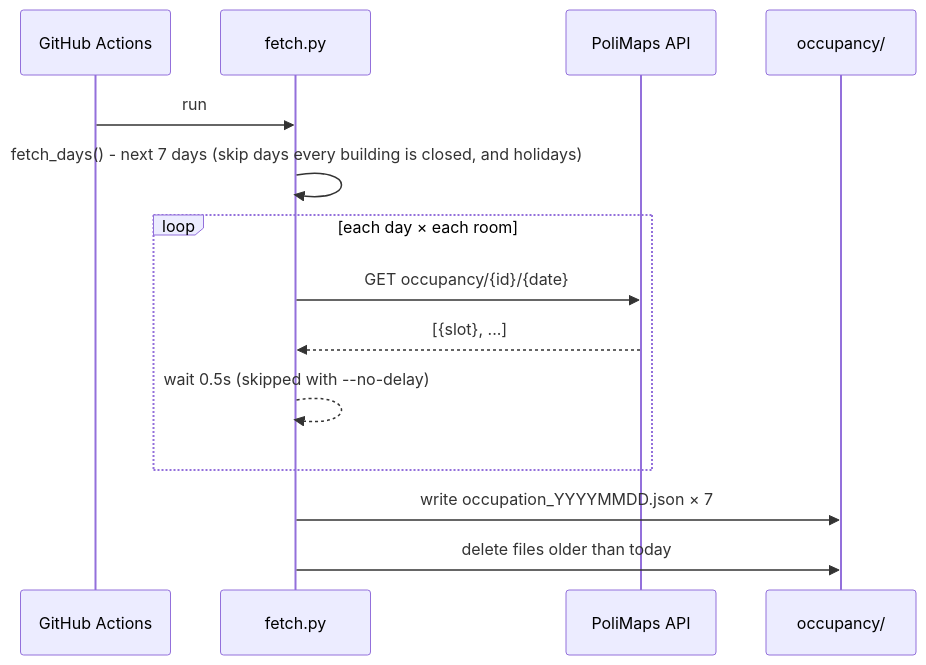
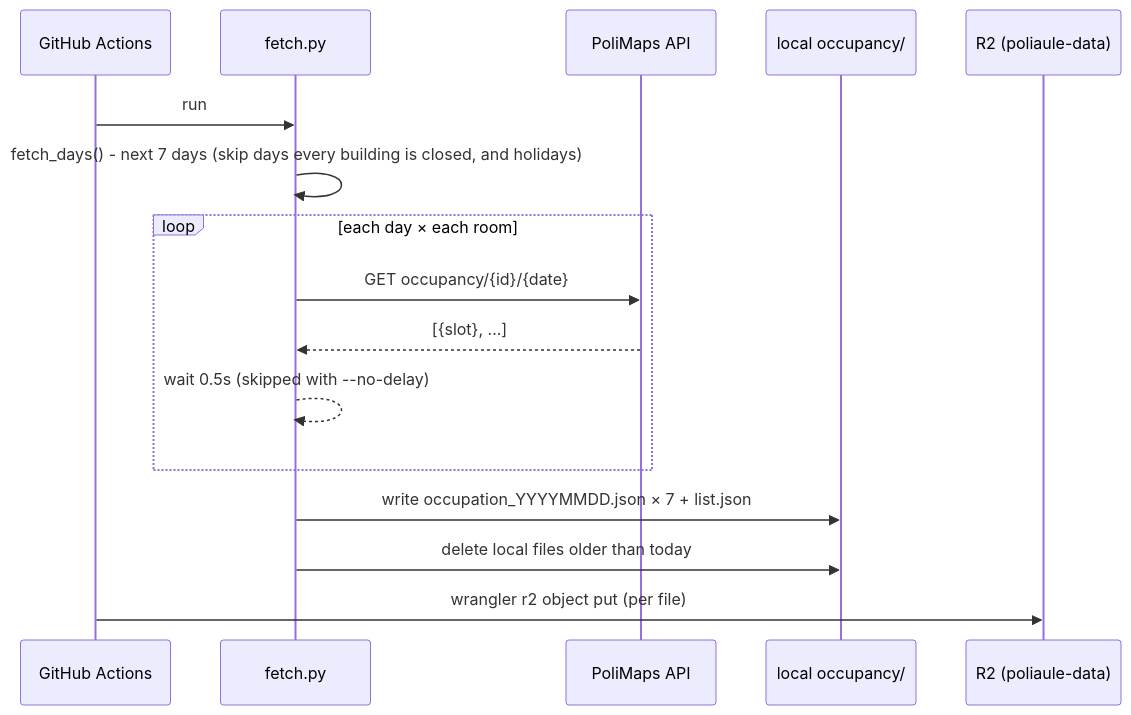
Before and after one commit to SummaCristian/PoliAule: the second of 4 diagrams in docs/architecture.md, drawn with Mermaid. The commit also changed other lines of this file and 11 other files, not shown here.

````diff
--- a/docs/architecture.md
+++ b/docs/architecture.md
@@ -57,17 +61,19 @@
 ```mermaid
 sequenceDiagram
     participant GHA as GitHub Actions
     participant PY as fetch.py
     participant API as PoliMaps API
-    participant FS as occupancy/
+    participant FS as local occupancy/
+    participant R2 as R2 (poliaule-data)
 
     GHA->>PY: run
     PY->>PY: fetch_days() - next 7 days (skip days every building is closed, and holidays)
     loop each day × each room
         PY->>API: GET occupancy/{id}/{date}
         API-->>PY: [{slot}, ...]
         PY-->>PY: wait 0.5s (skipped with --no-delay)
     end
-    PY->>FS: write occupation_YYYYMMDD.json × 7
-    PY->>FS: delete files older than today
+    PY->>FS: write occupation_YYYYMMDD.json × 7 + list.json
+    PY->>FS: delete local files older than today
+    GHA->>R2: wrangler r2 object put (per file)
 ```
````
